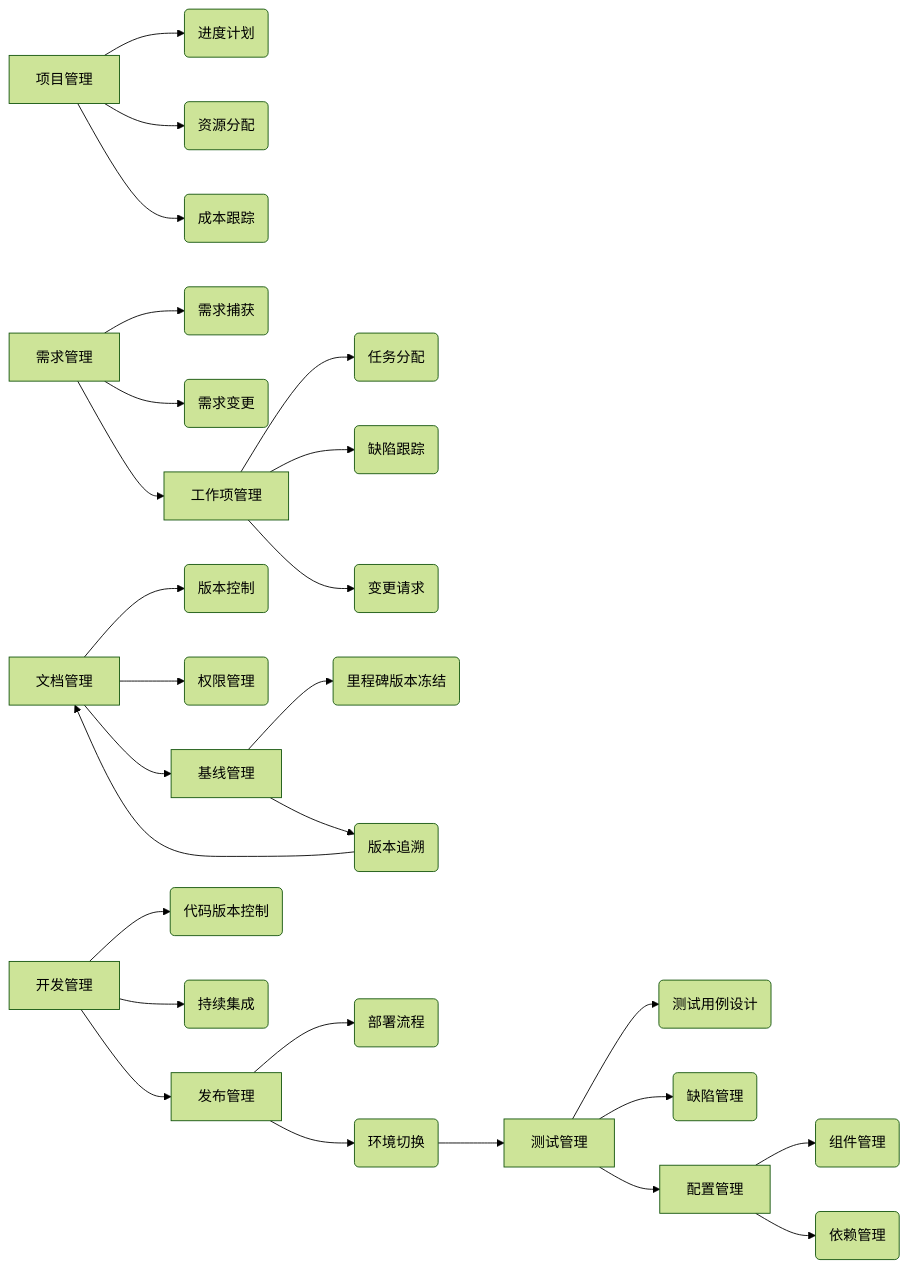
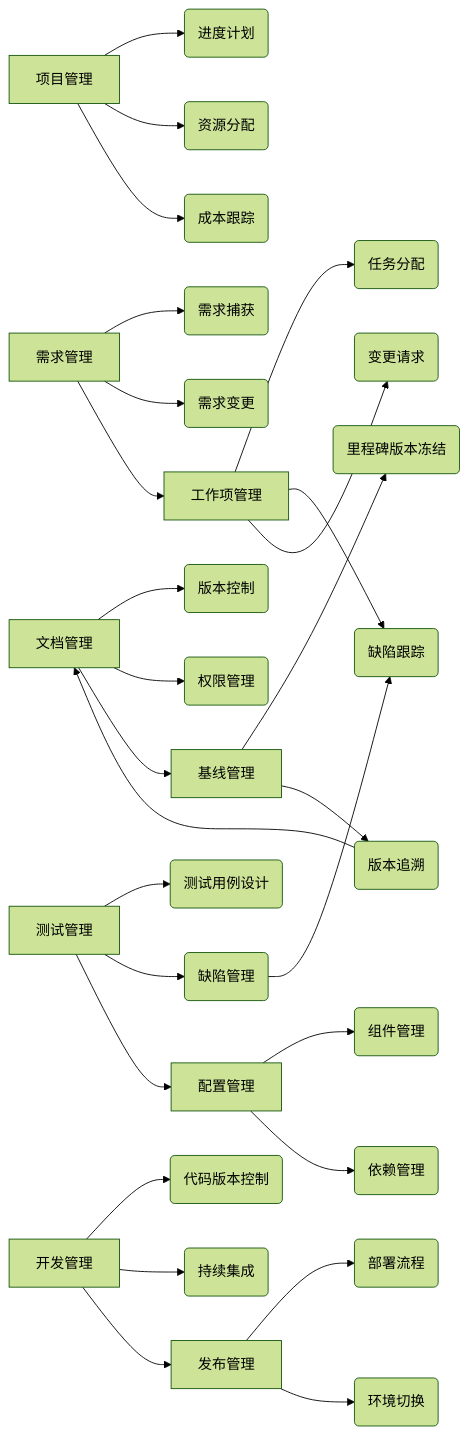
Before and after one commit to jycpp/jycpp.github.io: the first of 2 diagrams in source/_posts/23-04-21-ALM（应用生命周期管理）核心内容解析.md, drawn with Mermaid (forest theme).

Commit message:
修复内容问题

````diff
--- a/source/_posts/23-04-21-ALM（应用生命周期管理）核心内容解析.md
+++ b/source/_posts/23-04-21-ALM（应用生命周期管理）核心内容解析.md
@@ -37,39 +37,39 @@
 ```mermaid
 graph LR
     A[项目管理] --> B(进度计划)
     A --> C(资源分配)
     A --> D(成本跟踪)
     
     E[需求管理] --> F(需求捕获)
     E --> G(需求变更)
     E --> I[工作项管理]
     
     I[工作项管理] --> J(任务分配)
     I --> K(缺陷跟踪)
     I --> L(变更请求)
     
     M[文档管理] --> N(版本控制)
     M --> O(权限管理)
     M --> Y[基线管理]
     
     Q[测试管理] --> R(测试用例设计)
     Q --> S(缺陷管理)
     Q --> CC[配置管理]
     
     U[开发管理] --> V(代码版本控制)
     U --> W(持续集成)
     U --> BB[发布管理]
     
     Y[基线管理] --> Z(里程碑版本冻结)
     Y --> AA(版本追溯)
     
     BB[发布管理] --> AB(部署流程)
     BB --> AC(环境切换)
     
     CC[配置管理] --> AD(组件管理)
     CC --> AE(依赖管理)
     
     %% 模块间交互
     AA --> M
-    AC --> Q
+    S(缺陷管理) --> K(缺陷跟踪)
 ```    
````
